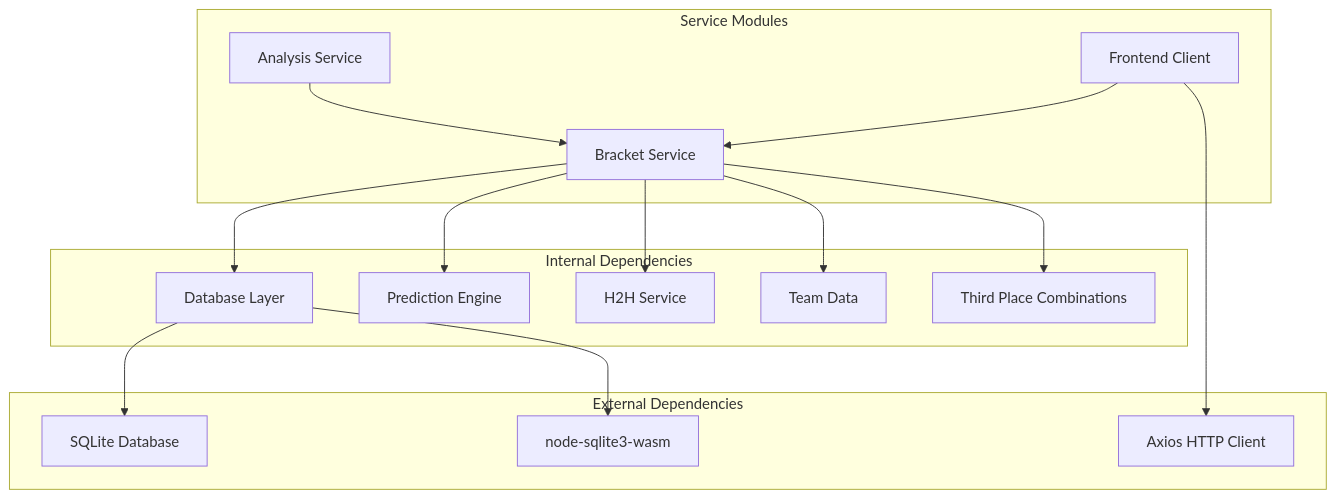
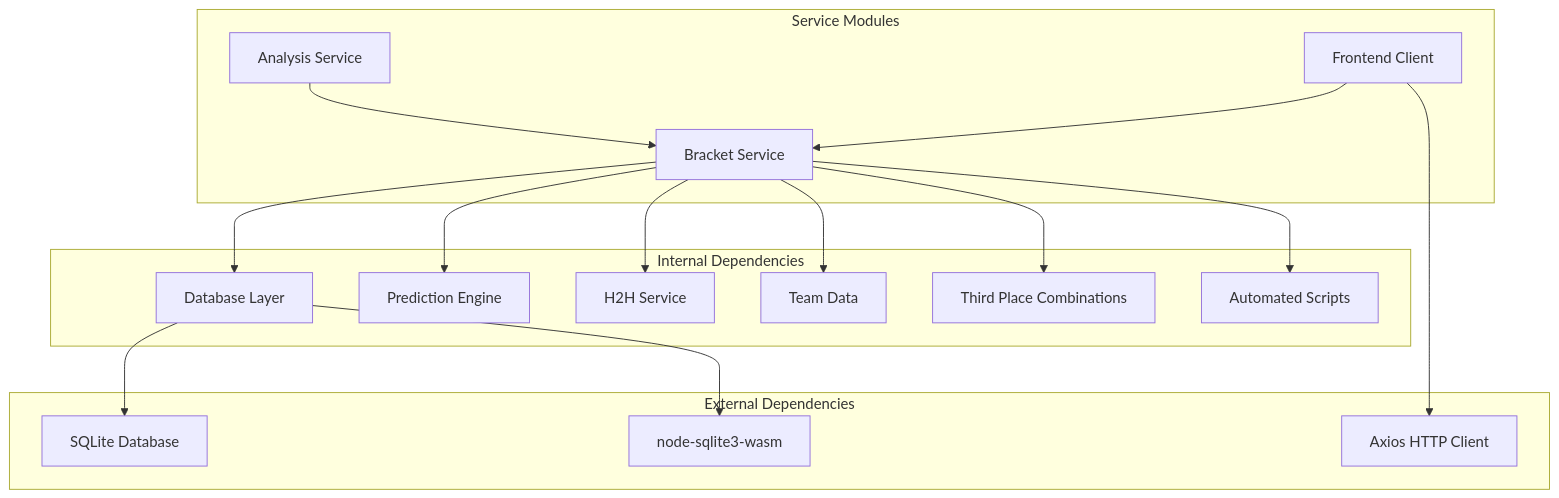
One commit to cheesiong/WC26-qwen changed the tenth of 10 diagrams in .qoder/repowiki/en/content/Tournament Management/Bracket Service.md. Above: the diagram before and after it, drawn with Mermaid. The commit also changed other lines of this file and 49 other files, not shown here.

````diff
--- a/.qoder/repowiki/en/content/Tournament Management/Bracket Service.md
+++ b/.qoder/repowiki/en/content/Tournament Management/Bracket Service.md
@@ -322,30 +536,32 @@
 ```mermaid
 graph TB
 subgraph "External Dependencies"
 AXIOS[Axios HTTP Client]
 SQLITE[SQLite Database]
 NODE_SQLITE[node-sqlite3-wasm]
 end
 subgraph "Internal Dependencies"
 DB_LAYER[Database Layer]
 PREDICTION_ENGINE[Prediction Engine]
 H2H_SERVICE[H2H Service]
 TEAM_DATA[Team Data]
 COMBO_TABLE[Third Place Combinations]
+SCRIPT_SYSTEM[Automated Scripts]
 end
 subgraph "Service Modules"
 BRACKET_SERVICE[Bracket Service]
 ANALYSIS_SERVICE[Analysis Service]
 FRONTEND_CLIENT[Frontend Client]
 end
 BRACKET_SERVICE --> DB_LAYER
 BRACKET_SERVICE --> PREDICTION_ENGINE
 BRACKET_SERVICE --> H2H_SERVICE
 BRACKET_SERVICE --> TEAM_DATA
 BRACKET_SERVICE --> COMBO_TABLE
+BRACKET_SERVICE --> SCRIPT_SYSTEM
 ANALYSIS_SERVICE --> BRACKET_SERVICE
 FRONTEND_CLIENT --> BRACKET_SERVICE
 DB_LAYER --> SQLITE
 DB_LAYER --> NODE_SQLITE
 FRONTEND_CLIENT --> AXIOS
 ```
````
